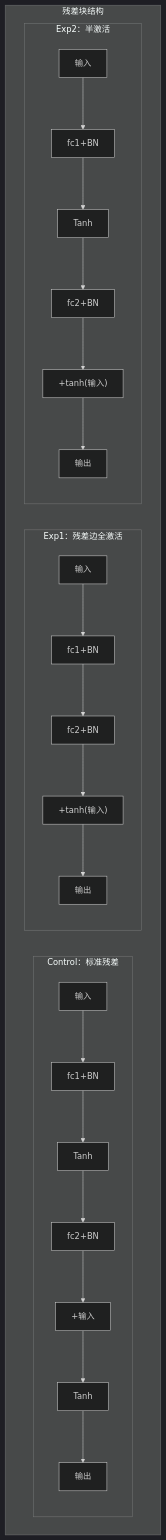
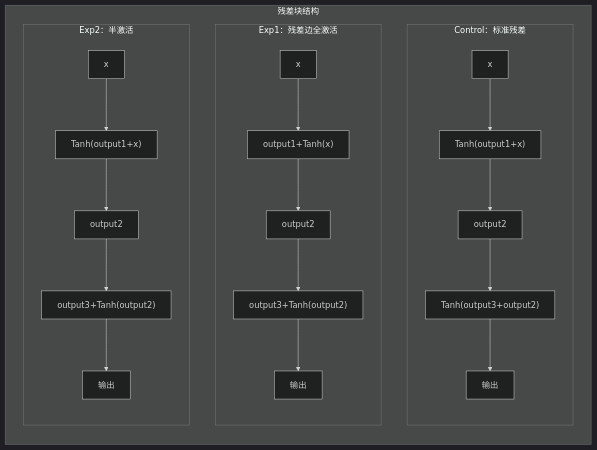
One commit to 57ws/Graph-Theory-Representation-of-Residual-Connection changed the fifth of 6 diagrams in README.md. Above: the diagram before and after it, drawn with Mermaid (dark theme). The commit also changed other lines of this file, not shown here.

````diff
--- a/README.md
+++ b/README.md
@@ -127,21 +132,21 @@
 ```mermaid
-graph TB
+graph LR
     subgraph 残差块结构
-        direction LR
+        direction TB
         
         subgraph 对照组[Control：标准残差]
             direction TB
-            C1[输入] --> C2[fc1+BN] --> C3[Tanh] --> C4[fc2+BN] --> C5[+输入] --> C6[Tanh] --> C7[输出]
+            C1["x"] --> C2["Tanh(output1+x)"] --> C3["output2"] --> C4["Tanh(output3+output2)"] --> C5["输出"]
         end
         
         subgraph 实验组1[Exp1：残差边全激活]
             direction TB
-            E1a[输入] --> E2a[fc1+BN] --> E3a[fc2+BN] --> E4a["+tanh(输入)"] --> E5a[输出]
+            E1a["x"] --> E2a["output1+Tanh(x)"] --> E3a["output2"] --> E4a["output3+Tanh(output2)"] --> E5a["输出"]
         end
         
         subgraph 实验组2[Exp2：半激活]
             direction TB
-            E1b[输入] --> E2b[fc1+BN] --> E3b[Tanh] --> E4b[fc2+BN] --> E5b["+tanh(输入)"] --> E6b[输出]
+            E1b["x"] --> E2b["Tanh(output1+x)"] --> E3b["output2"] --> E4b["output3+Tanh(output2)"] --> E5b["输出"]
         end
     end
 ```
````
